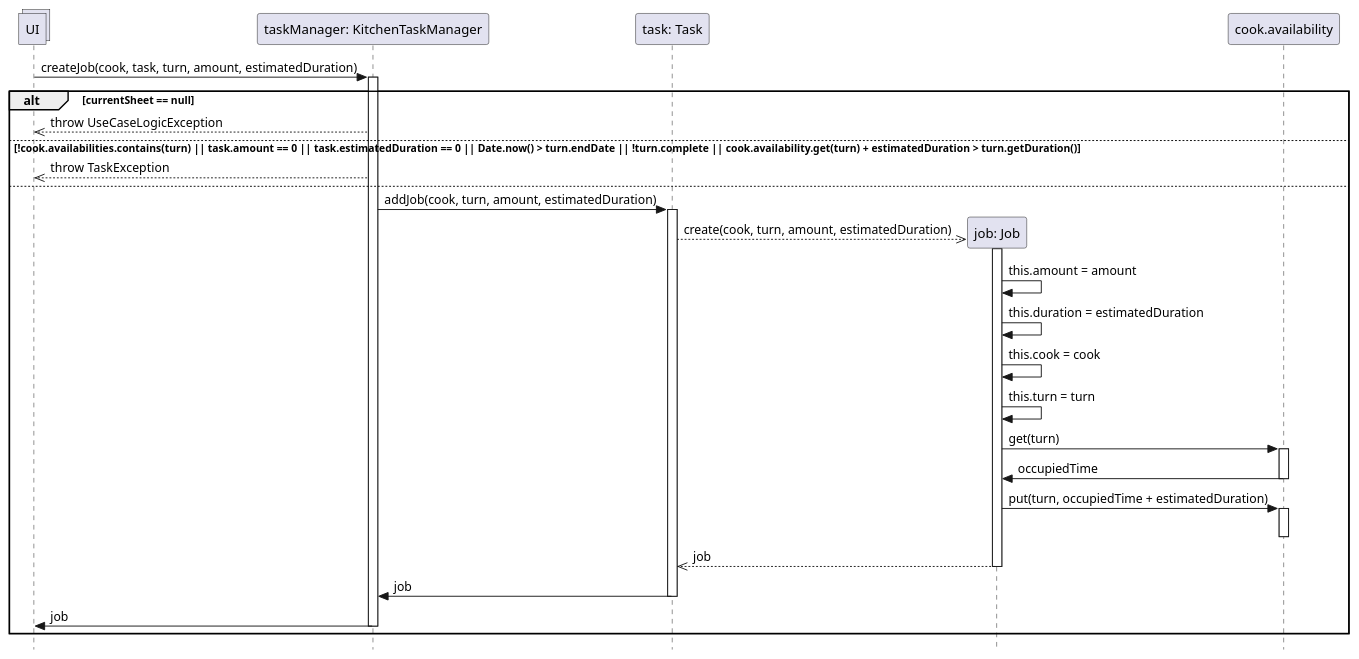
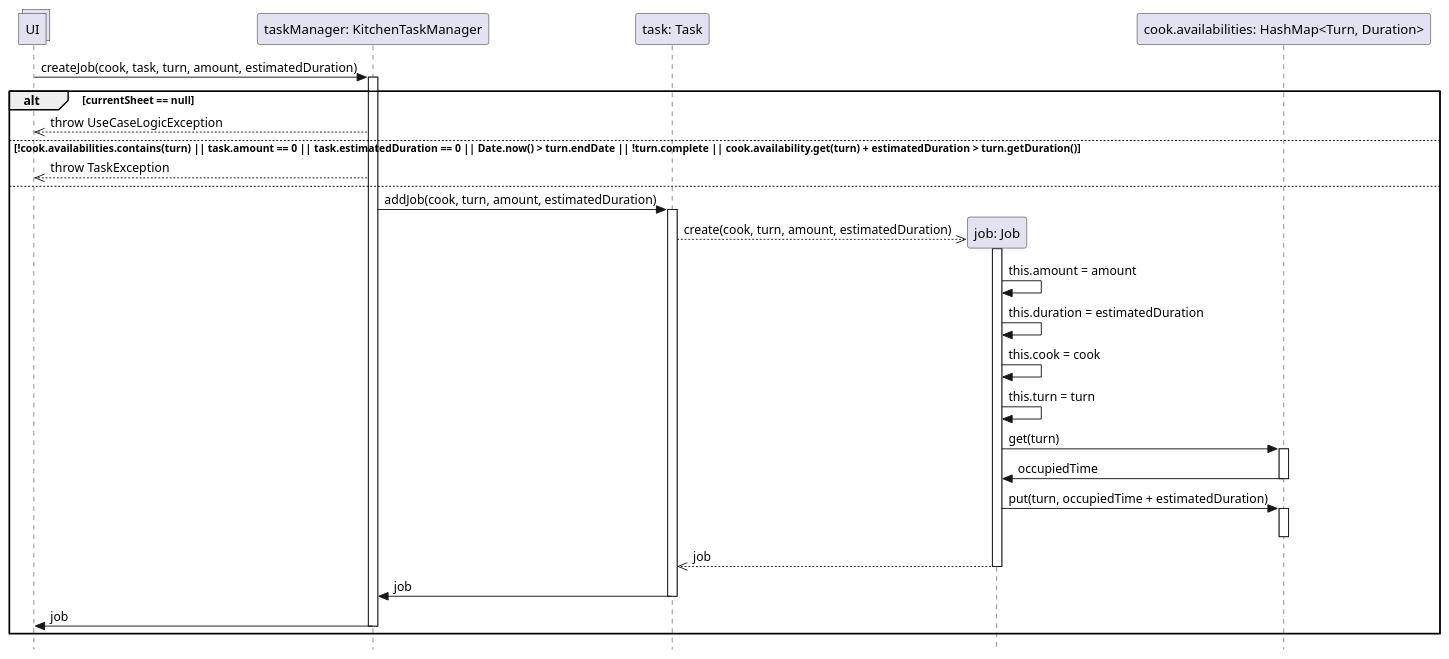
One commit to stefa168/sas-project changed the diagram in DSD Operazione 6.puml. Above: the diagram before and after it, drawn with PlantUML.

Commit message:
Aggiunto tipo mancante

```diff
--- a/DSD Operazione 6.puml
+++ b/DSD Operazione 6.puml
@@ -1,51 +1,51 @@
 @startuml Operazione 6
 skinparam Style strictuml
 
 collections UI
 
 participant "taskManager: KitchenTaskManager" as tm
 UI -> tm: createJob(cook, task, turn, amount, estimatedDuration)
 activate tm
 
 participant "task: Task" as task
 
 alt currentSheet == null
     UI <<-- tm: throw UseCaseLogicException
 else !cook.availabilities.contains(turn) || task.amount == 0 || task.estimatedDuration == 0 || Date.now() > turn.endDate || !turn.complete || cook.availability.get(turn) + estimatedDuration > turn.getDuration()
     UI <<-- tm: throw TaskException
 else
 
     tm -> task: addJob(cook, turn, amount, estimatedDuration)
     activate task
 
     participant "job: Job" as job
     task -->> job**: create(cook, turn, amount, estimatedDuration)
 
     activate job
     job -> job: this.amount = amount
     job -> job: this.duration = estimatedDuration
     job -> job: this.cook = cook
     job -> job: this.turn = turn
     
 
-    participant "cook.availability" as ca
+    participant "cook.availabilities: HashMap<Turn, Duration>" as ca
     job -> ca: get(turn)
     activate ca
     job <- ca: occupiedTime
     deactivate ca
 
     job -> ca: put(turn, occupiedTime + estimatedDuration)
     activate ca
     deactivate ca
 
     return job
 
     tm <- task: job
     deactivate task
 
     UI <- tm: job
     deactivate tm
     
 end
 
 @enduml
```
